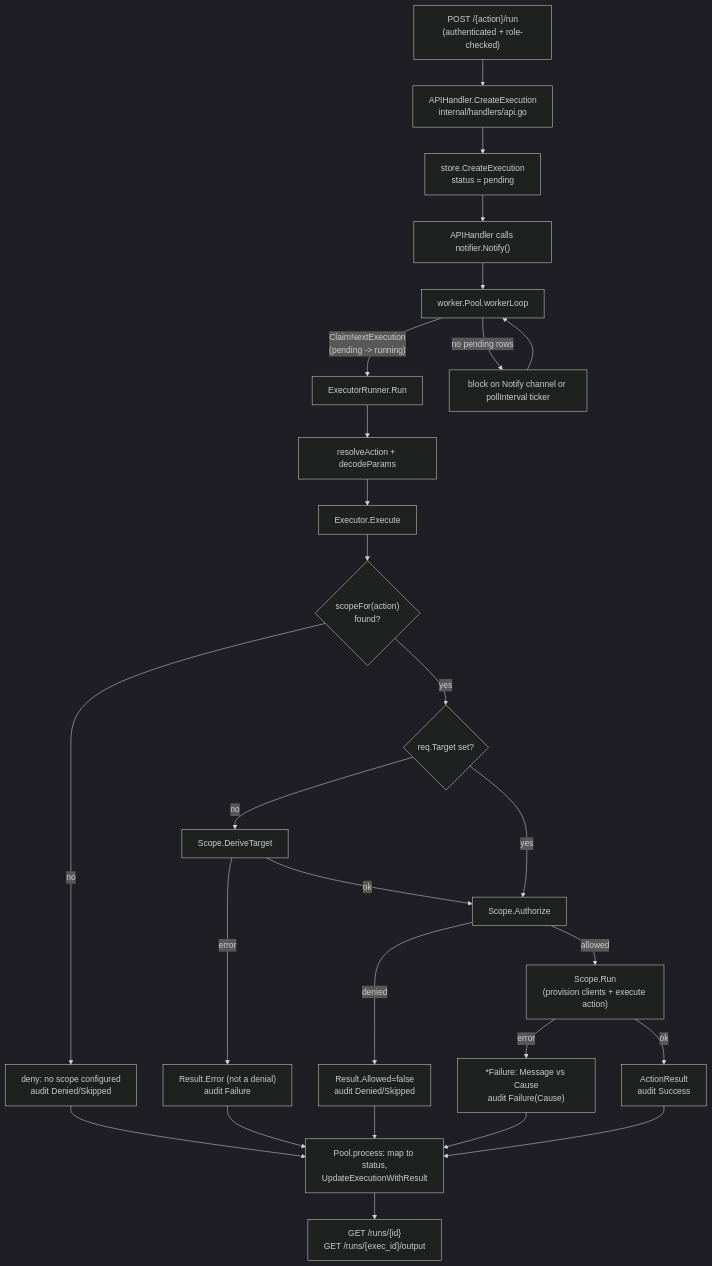
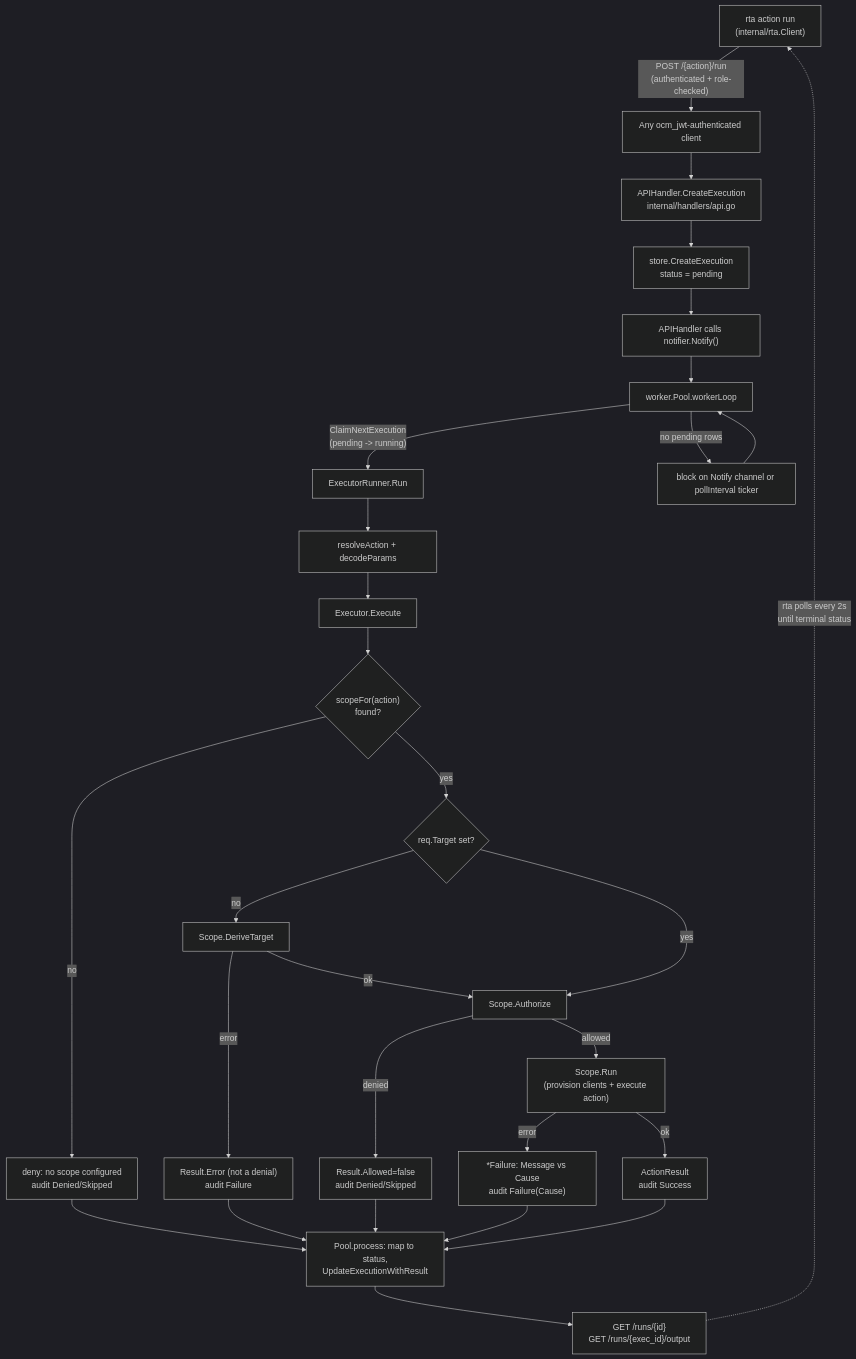
Before and after one commit to openshift-online/rosa-boundary: the diagram in openwiki/workflows/trusted-actions-execution.md, drawn with Mermaid (dark theme). The commit also changed other lines of this file and 46 other files, not shown here.

````diff
--- a/openwiki/workflows/trusted-actions-execution.md
+++ b/openwiki/workflows/trusted-actions-execution.md
@@ -72,29 +85,31 @@
 ```mermaid
 flowchart TD
-    A["POST /{action}/run<br/>(authenticated + role-checked)"] --> B["APIHandler.CreateExecution<br/>internal/handlers/api.go"]
+    Z["rta action run <action><br/>(internal/rta.Client)"] -->|"POST /{action}/run<br/>(authenticated + role-checked)"| A
+    A["Any ocm_jwt-authenticated client"] --> B["APIHandler.CreateExecution<br/>internal/handlers/api.go"]
     B --> C["store.CreateExecution<br/>status = pending"]
     C --> D["APIHandler calls notifier.Notify()"]
     D --> E["worker.Pool.workerLoop"]
     E -->|"ClaimNextExecution<br/>(pending -> running)"| F["ExecutorRunner.Run"]
     E -->|"no pending rows"| G["block on Notify channel or pollInterval ticker"]
     G --> E
     F --> H["resolveAction + decodeParams"]
     H --> I["Executor.Execute"]
     I --> J{"scopeFor(action)<br/>found?"}
     J -- no --> K["deny: no scope configured<br/>audit Denied/Skipped"]
     J -- yes --> L{"req.Target set?"}
     L -- no --> M["Scope.DeriveTarget"]
     L -- yes --> N["Scope.Authorize"]
     M -- error --> O["Result.Error (not a denial)<br/>audit Failure"]
     M -- ok --> N
     N -- denied --> P["Result.Allowed=false<br/>audit Denied/Skipped"]
     N -- allowed --> Q["Scope.Run<br/>(provision clients + execute action)"]
     Q -- error --> R["*Failure: Message vs Cause<br/>audit Failure(Cause)"]
     Q -- ok --> S["ActionResult<br/>audit Success"]
     S --> T["Pool.process: map to status,<br/>UpdateExecutionWithResult"]
     R --> T
     P --> T
     K --> T
     O --> T
     T --> U["GET /runs/{id}<br/>GET /runs/{exec_id}/output"]
+    U -.->|"rta polls every 2s<br/>until terminal status"| Z
 ```
````
